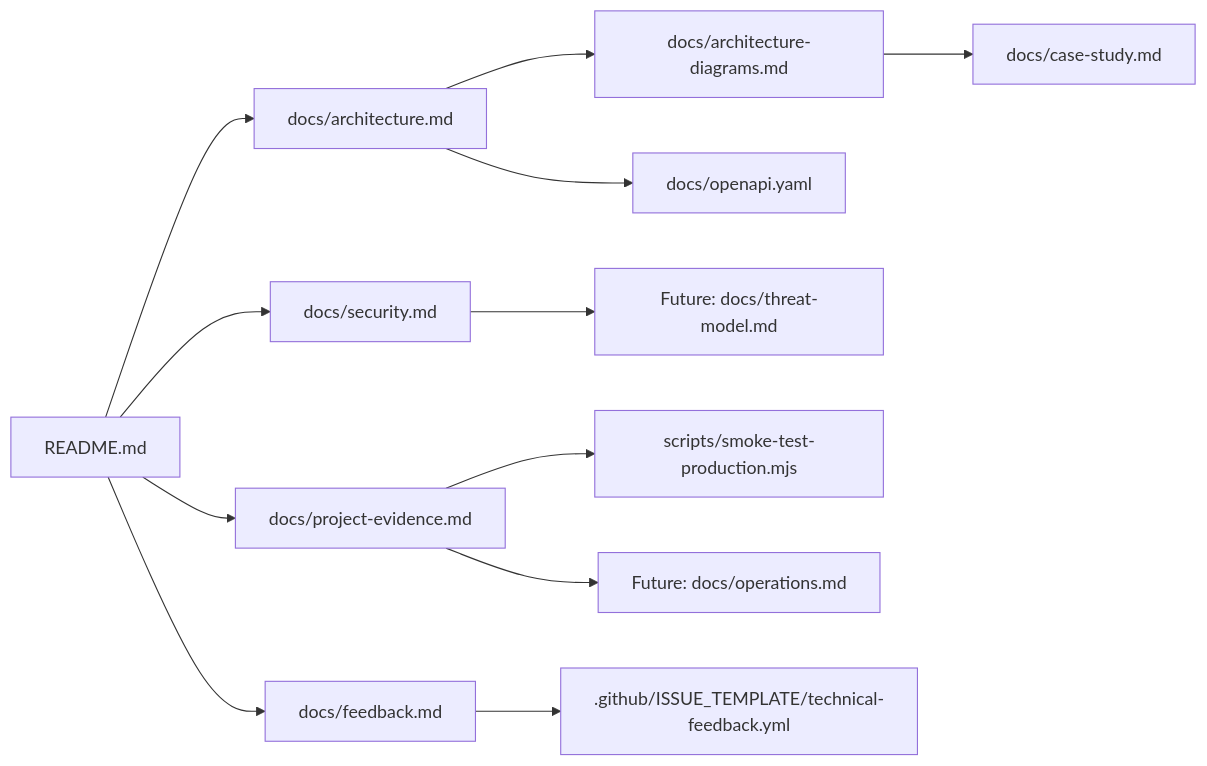
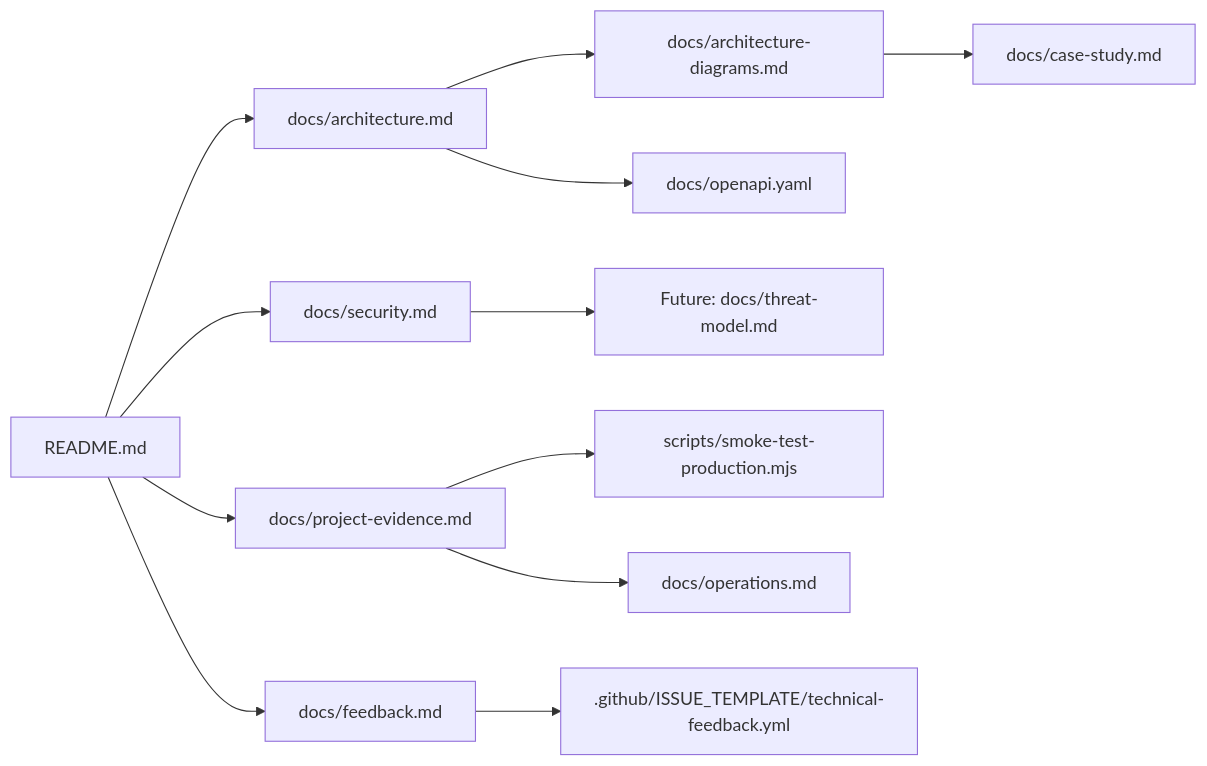
Before and after one commit to BlockShield-Systems/swiss-market-dashboard: the tenth of 10 diagrams in docs/architecture-diagrams.md, drawn with Mermaid. The commit also changed 3 other files, not shown here.

````diff
--- a/docs/architecture-diagrams.md
+++ b/docs/architecture-diagrams.md
@@ -435,16 +435,16 @@
 ```mermaid
 flowchart LR
   Readme["README.md"] --> Architecture["docs/architecture.md"]
   Readme --> Security["docs/security.md"]
   Readme --> Evidence["docs/project-evidence.md"]
   Readme --> Feedback["docs/feedback.md"]
 
   Architecture --> Diagrams["docs/architecture-diagrams.md"]
   Security --> ThreatModel["Future: docs/threat-model.md"]
   Evidence --> Smoke["scripts/smoke-test-production.mjs"]
   Feedback --> IssueTemplate[".github/ISSUE_TEMPLATE/technical-feedback.yml"]
 
   Diagrams --> CaseStudy["docs/case-study.md"]
   Architecture --> OpenApi["docs/openapi.yaml"]
-  Evidence --> Operations["Future: docs/operations.md"]
+  Evidence --> Operations["docs/operations.md"]
 ```
````
